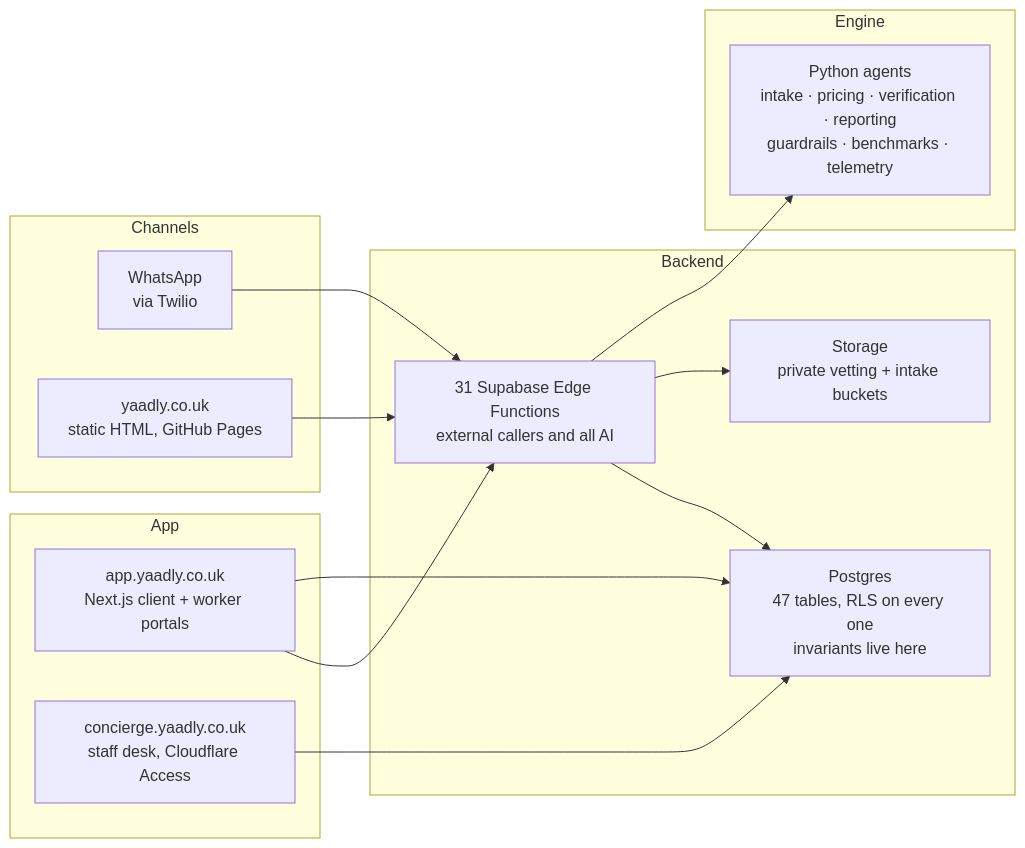
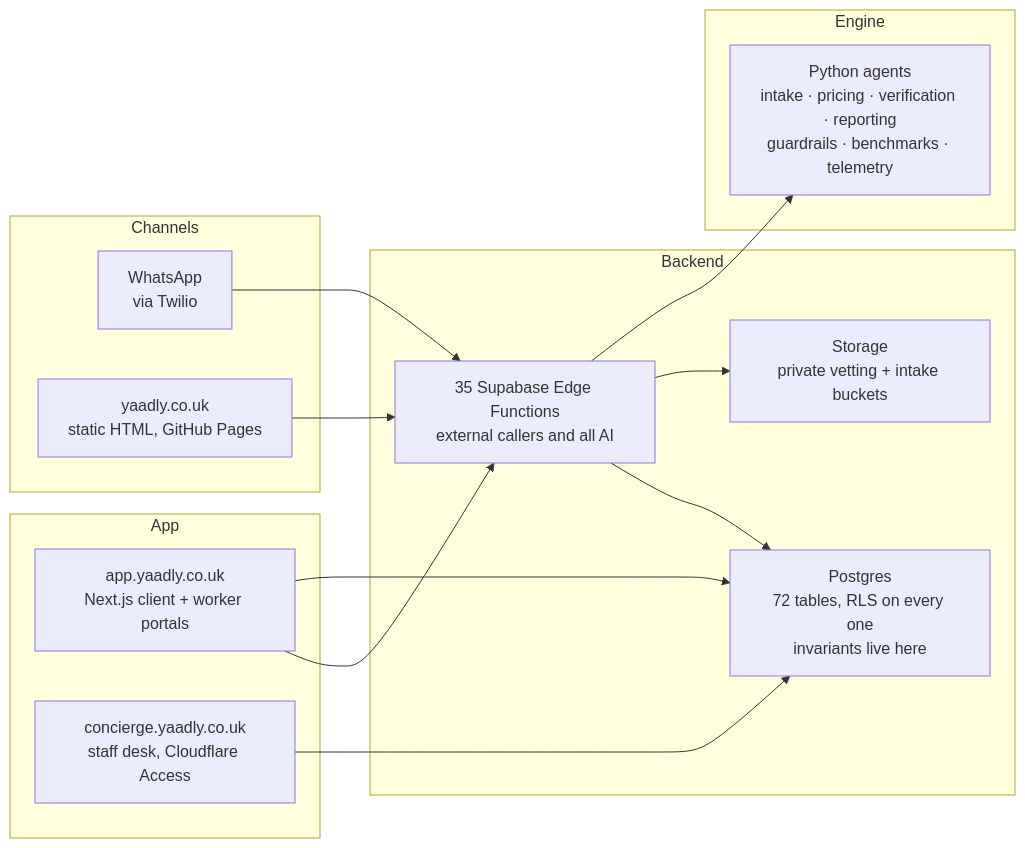
The second of 2 diagrams in submission/ARCHITECTURE-AND-INVENTORY.md (MoniqueSSB/yaad-trust-engine), drawn with Mermaid before and after one commit. The commit also changed other lines of this file and 1 other file, not shown here.

````diff
--- a/submission/ARCHITECTURE-AND-INVENTORY.md
+++ b/submission/ARCHITECTURE-AND-INVENTORY.md
@@ -49,27 +51,27 @@
 ```mermaid
 flowchart LR
     subgraph Channels
         WA["WhatsApp<br/>via Twilio"]
         WEB["yaadly.co.uk<br/>static HTML, GitHub Pages"]
     end
     subgraph App
         NX["app.yaadly.co.uk<br/>Next.js client + worker portals"]
         CD["concierge.yaadly.co.uk<br/>staff desk, Cloudflare Access"]
     end
     subgraph Backend
-        EF["31 Supabase Edge Functions<br/>external callers and all AI"]
-        PG["Postgres<br/>47 tables, RLS on every one<br/>invariants live here"]
+        EF["35 Supabase Edge Functions<br/>external callers and all AI"]
+        PG["Postgres<br/>72 tables, RLS on every one<br/>invariants live here"]
         ST["Storage<br/>private vetting + intake buckets"]
     end
     subgraph Engine
         PY["Python agents<br/>intake · pricing · verification · reporting<br/>guardrails · benchmarks · telemetry"]
     end
     WA --> EF
     WEB --> EF
     NX --> EF
     NX --> PG
     CD --> PG
     EF --> PG
     EF --> ST
     EF --> PY
 ```
````
